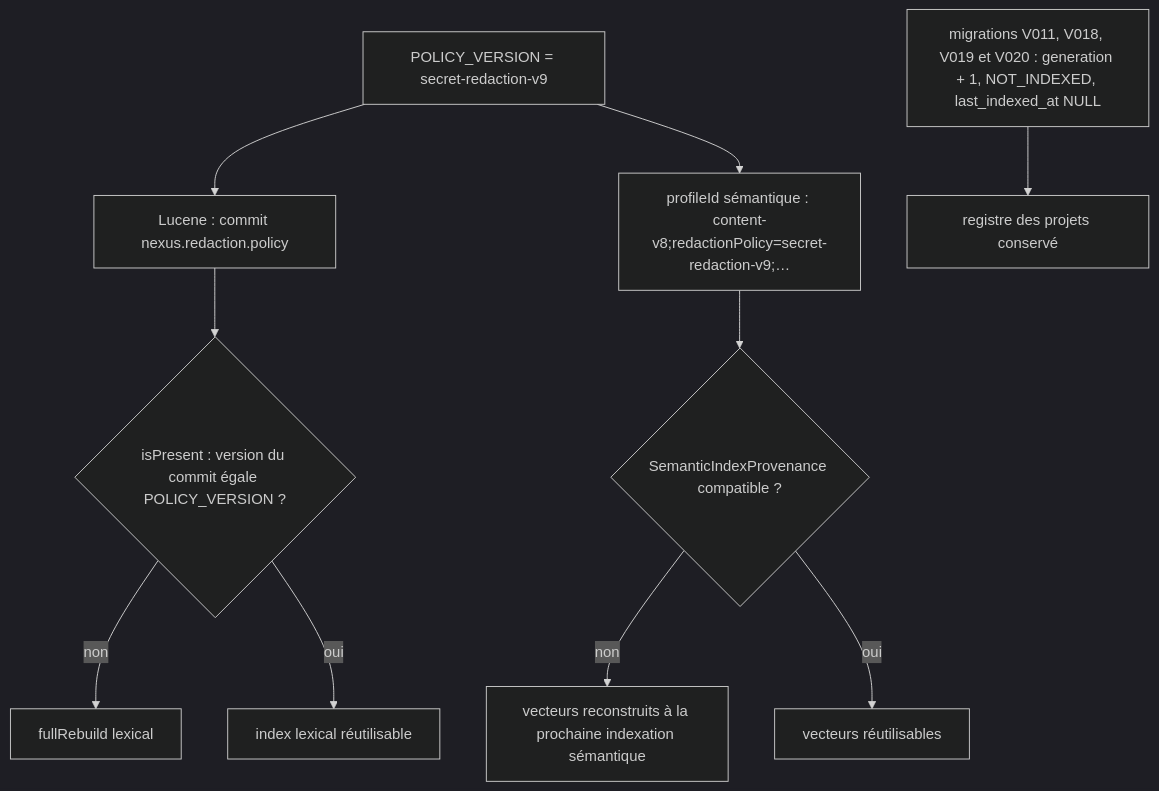
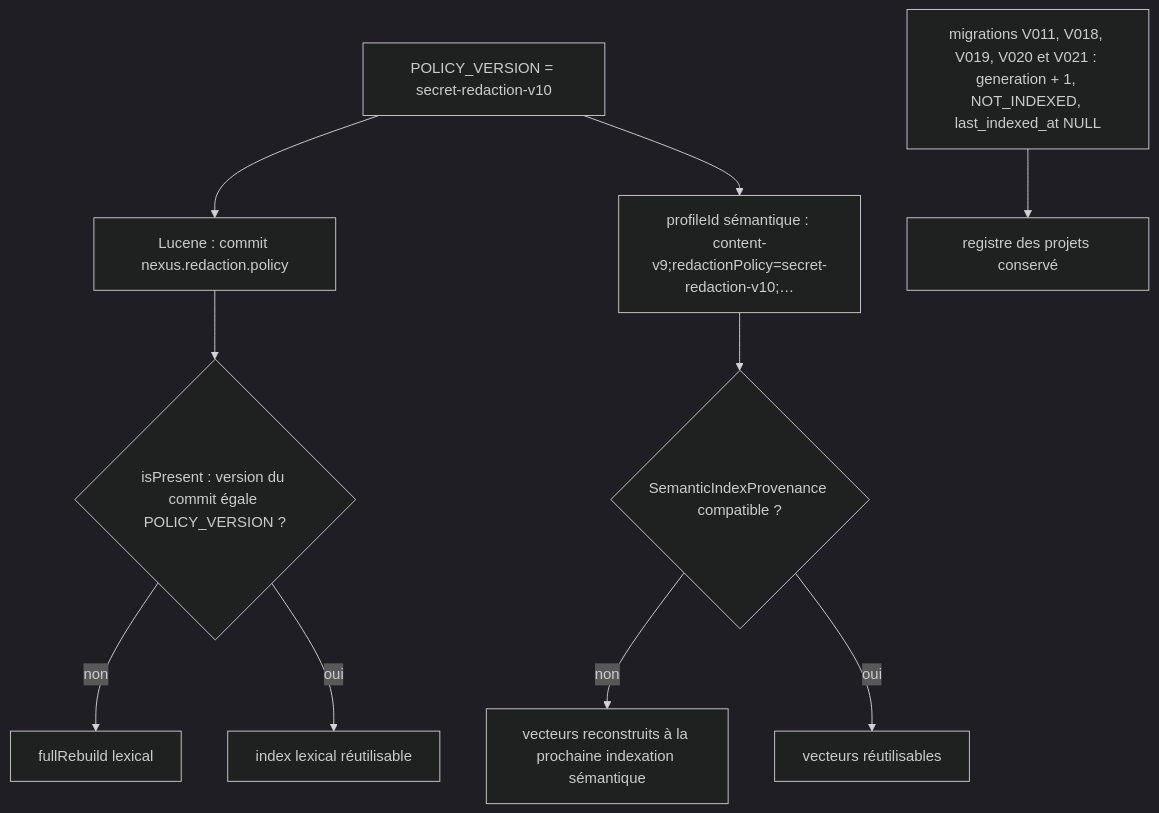
The sixth of 6 diagrams in docs/developer/secret-redaction.md (FTurleque/nexus-context-engine), drawn with Mermaid (dark theme) before and after one commit. The commit also changed other lines of this file and 19 other files, not shown here.

First line of the commit message:
docs(security): document secret-redaction-v10, content-v9 and V021

````diff
--- a/docs/developer/secret-redaction.md
+++ b/docs/developer/secret-redaction.md
@@ -201,12 +226,12 @@
 ```mermaid
 flowchart TD
-    P["POLICY_VERSION = secret-redaction-v9"] --> L["Lucene : commit nexus.redaction.policy"]
-    P --> S["profileId sémantique : content-v8;redactionPolicy=secret-redaction-v9;…"]
-    M["migrations V011, V018, V019 et V020 : generation + 1, NOT_INDEXED, last_indexed_at NULL"] --> N["registre des projets conservé"]
+    P["POLICY_VERSION = secret-redaction-v10"] --> L["Lucene : commit nexus.redaction.policy"]
+    P --> S["profileId sémantique : content-v9;redactionPolicy=secret-redaction-v10;…"]
+    M["migrations V011, V018, V019, V020 et V021 : generation + 1, NOT_INDEXED, last_indexed_at NULL"] --> N["registre des projets conservé"]
     L --> Q{"isPresent : version du commit égale POLICY_VERSION ?"}
     Q -- non --> F["fullRebuild lexical"]
     Q -- oui --> K["index lexical réutilisable"]
     S --> T{"SemanticIndexProvenance compatible ?"}
     T -- non --> V["vecteurs reconstruits à la prochaine indexation sémantique"]
     T -- oui --> W["vecteurs réutilisables"]
 ```
````
